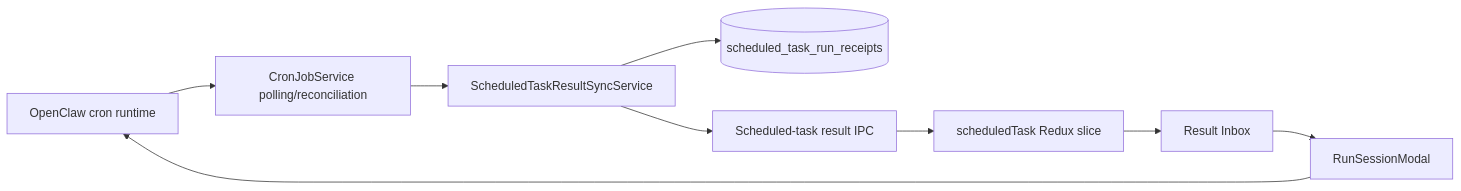
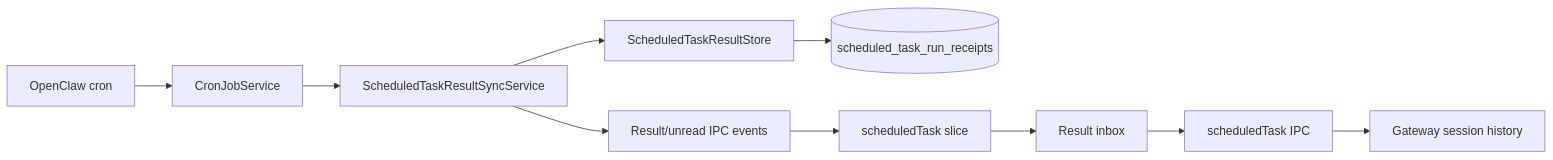
One commit to liangxhao/JustDo changed the first of 2 diagrams in docs/features/scheduled-task-in-app-results-implementation-plan.md. Above: the diagram before and after it, drawn with Mermaid. The commit also changed other lines of this file and 29 other files, not shown here.

````diff
--- a/docs/features/scheduled-task-in-app-results-implementation-plan.md
+++ b/docs/features/scheduled-task-in-app-results-implementation-plan.md
@@ -141,20 +24,12 @@
 ```mermaid
 flowchart LR
-  Cron["OpenClaw cron runtime"]
-  Poll["CronJobService polling/reconciliation"]
-  Sync["ScheduledTaskResultSyncService"]
-  DB[("scheduled_task_run_receipts")]
-  IPC["Scheduled-task result IPC"]
-  Redux["scheduledTask Redux slice"]
-  Inbox["Result Inbox"]
-  Modal["RunSessionModal"]
-
-  Cron --> Poll
-  Poll --> Sync
-  Sync --> DB
-  Sync --> IPC
-  IPC --> Redux
-  Redux --> Inbox
-  Inbox --> Modal
-  Modal --> Cron
+  Cron[OpenClaw cron] --> CJS[CronJobService]
+  CJS --> Sync[ScheduledTaskResultSyncService]
+  Sync --> Store[ScheduledTaskResultStore]
+  Store --> DB[(scheduled_task_run_receipts)]
+  Sync --> IPC[Result/unread IPC events]
+  IPC --> Redux[scheduledTask slice]
+  Redux --> Inbox[Result inbox]
+  Inbox --> Handler[scheduledTask IPC]
+  Handler --> Gateway[Gateway session history]
 ```
````
